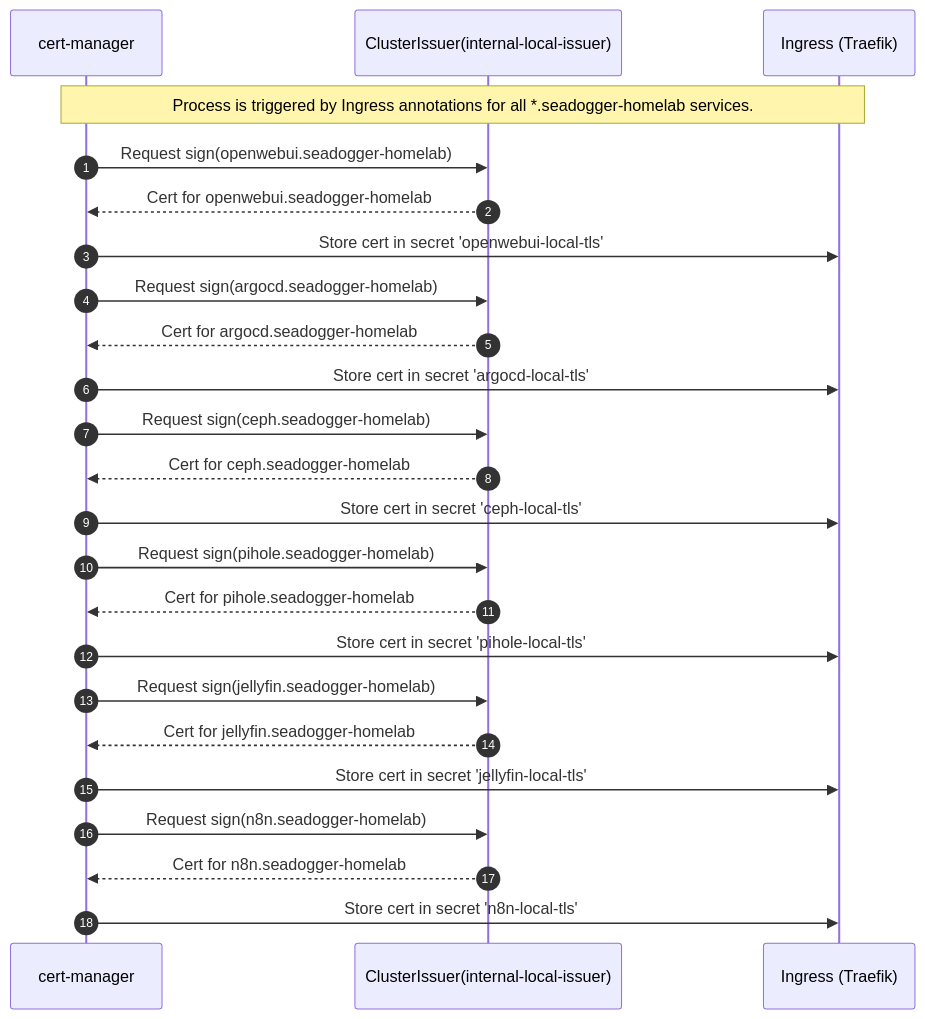
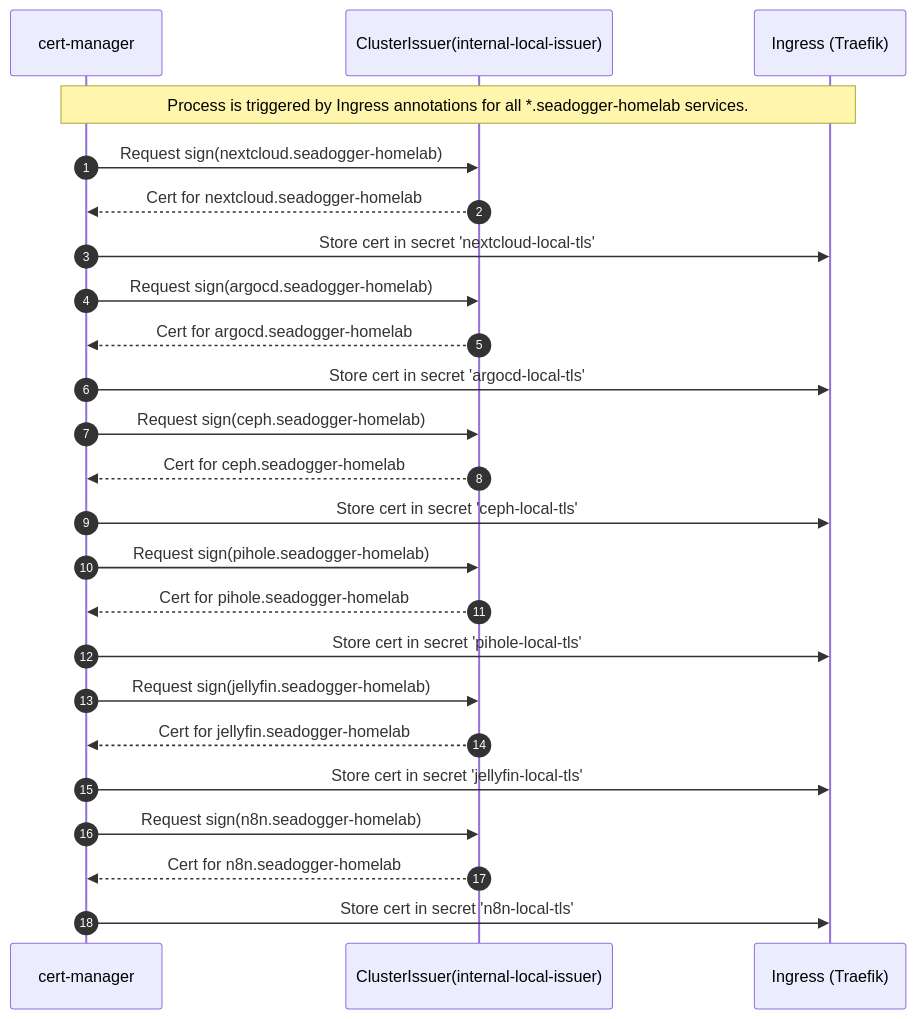
Before and after one commit to seadogger-tech/seadogger-homelab: the third of 8 diagrams in docs/wiki/08-Security-and-Certificates.md, drawn with Mermaid. The commit also changed other lines of this file, not shown here.

Commit message:
docs: update docs/wiki/08-Security-and-Certificates.md for retired Bedrock, OpenWebUI and Hermes (OCE-101)

````diff
--- a/docs/wiki/08-Security-and-Certificates.md
+++ b/docs/wiki/08-Security-and-Certificates.md
@@ -107,36 +106,36 @@
 ```mermaid
 sequenceDiagram
     autonumber
     participant CM as cert-manager
     participant CI as ClusterIssuer(internal-local-issuer)
     participant ING as Ingress (Traefik)
 
     Note over CM,ING: Process is triggered by Ingress annotations for all *.seadogger-homelab services.
 
-    CM->>CI: Request sign(openwebui.seadogger-homelab)
-    CI-->>CM: Cert for openwebui.seadogger-homelab
-    CM->>ING: Store cert in secret 'openwebui-local-tls'
+    CM->>CI: Request sign(nextcloud.seadogger-homelab)
+    CI-->>CM: Cert for nextcloud.seadogger-homelab
+    CM->>ING: Store cert in secret 'nextcloud-local-tls'
 
 
 
 
     CM->>CI: Request sign(argocd.seadogger-homelab)
     CI-->>CM: Cert for argocd.seadogger-homelab
     CM->>ING: Store cert in secret 'argocd-local-tls'
 
     CM->>CI: Request sign(ceph.seadogger-homelab)
     CI-->>CM: Cert for ceph.seadogger-homelab
     CM->>ING: Store cert in secret 'ceph-local-tls'
 
     CM->>CI: Request sign(pihole.seadogger-homelab)
     CI-->>CM: Cert for pihole.seadogger-homelab
     CM->>ING: Store cert in secret 'pihole-local-tls'
 
     CM->>CI: Request sign(jellyfin.seadogger-homelab)
     CI-->>CM: Cert for jellyfin.seadogger-homelab
     CM->>ING: Store cert in secret 'jellyfin-local-tls'
 
     CM->>CI: Request sign(n8n.seadogger-homelab)
     CI-->>CM: Cert for n8n.seadogger-homelab
     CM->>ING: Store cert in secret 'n8n-local-tls'
 ```
````
